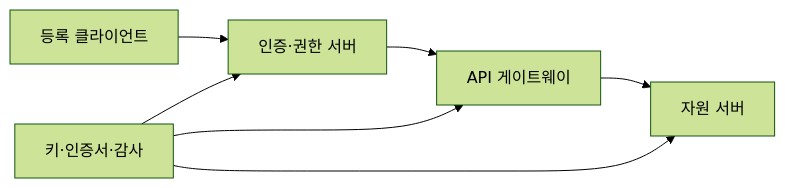
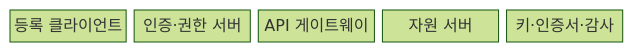
Before and after one commit to agnusdei1207/knowledge-base: the first of 2 diagrams in src/content/docs/notes/05-security/053_secure_api_design.md, drawn with Mermaid (forest theme). The commit also changed other lines of this file and 11 other files, not shown here.

````diff
--- a/src/content/docs/notes/05-security/053_secure_api_design.md
+++ b/src/content/docs/notes/05-security/053_secure_api_design.md
@@ -58,9 +60,9 @@
 ```mermaid
-flowchart LR
-    A[등록 클라이언트] --> B[인증·권한 서버]
-    B --> C[API 게이트웨이]
-    C --> D[자원 서버]
-    E[키·인증서·감사] --> B
-    E --> C
-    E --> D
+block-beta
+  columns 5
+  A["등록 클라이언트"]
+  B["인증·권한 서버"]
+  C["API 게이트웨이"]
+  D["자원 서버"]
+  E["키·인증서·감사"]
 ```
````
